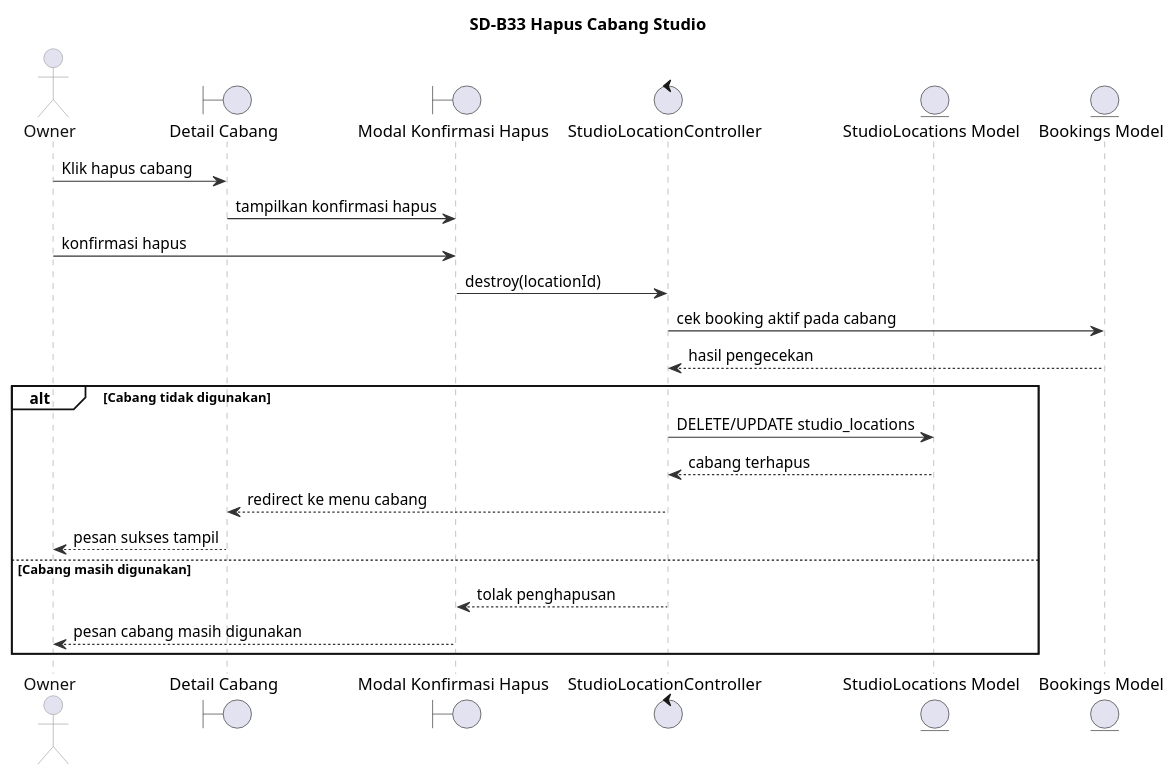
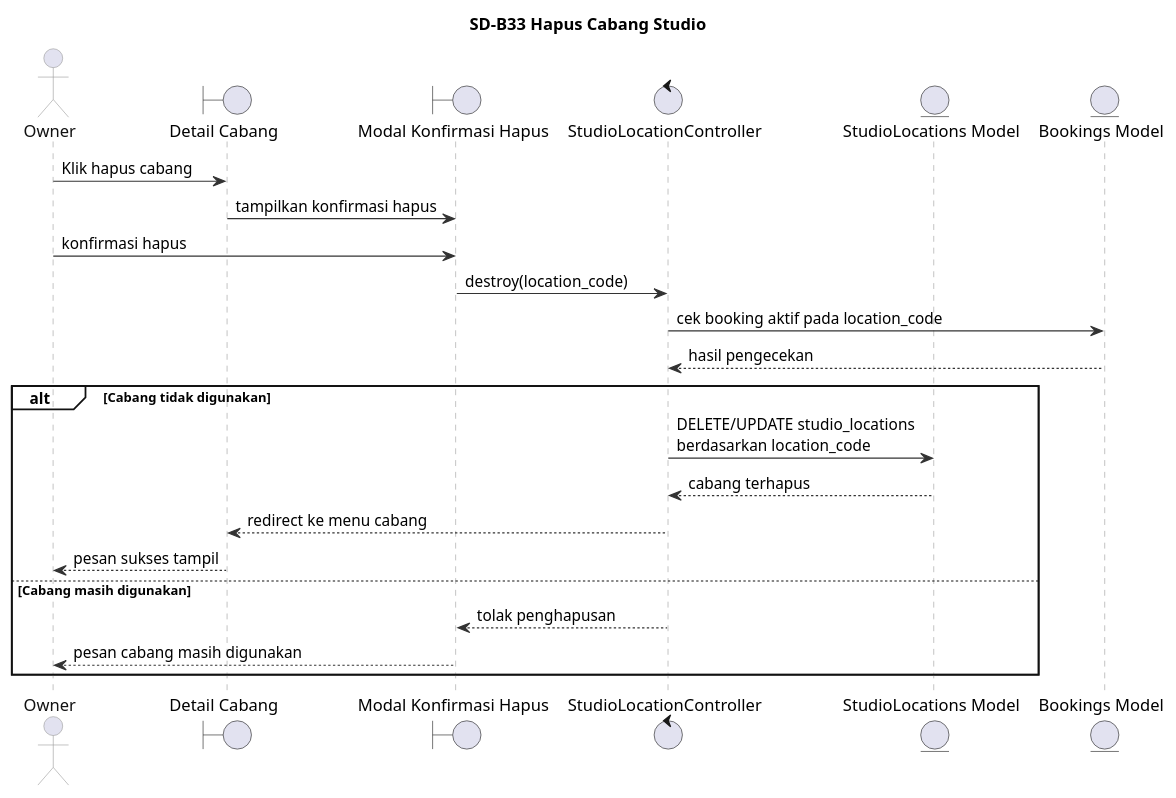
The diagram in sequence/SD-B33.puml (Fajrinputra/alterstudio-ta), drawn with PlantUML before and after one commit. The commit also changed 71 other files, not shown here.

```diff
--- a/sequence/SD-B33.puml
+++ b/sequence/SD-B33.puml
@@ -1,44 +1,44 @@
 @startuml
 title SD-B33 Hapus Cabang Studio
 
 skinparam backgroundColor white
 skinparam shadowing false
 skinparam BoxPadding 4
 skinparam sequence {
     ArrowColor #333333
     LifeLineBorderColor #999999
     LifeLineBackgroundColor white
     ParticipantBorderColor #999999
     ParticipantBackgroundColor #ECEEF8
     ParticipantFontColor #111111
     ActorBorderColor #999999
     ActorFontColor #111111
     GroupBorderColor #111111
     GroupBackgroundColor transparent
 }
 
 actor "Owner" as Owner
 boundary "Detail Cabang" as DetailCabang
 boundary "Modal Konfirmasi Hapus" as ModalHapus
 control "StudioLocationController" as StudioLocationController
 entity "StudioLocations Model" as StudioLocation
 entity "Bookings Model" as Booking
 
 Owner -> DetailCabang : Klik hapus cabang
 DetailCabang -> ModalHapus : tampilkan konfirmasi hapus
 Owner -> ModalHapus : konfirmasi hapus
-ModalHapus -> StudioLocationController : destroy(locationId)
-StudioLocationController -> Booking : cek booking aktif pada cabang
+ModalHapus -> StudioLocationController : destroy(location_code)
+StudioLocationController -> Booking : cek booking aktif pada location_code
 Booking --> StudioLocationController : hasil pengecekan
 
 alt Cabang tidak digunakan
-    StudioLocationController -> StudioLocation : DELETE/UPDATE studio_locations
+    StudioLocationController -> StudioLocation : DELETE/UPDATE studio_locations\nberdasarkan location_code
     StudioLocation --> StudioLocationController : cabang terhapus
     StudioLocationController --> DetailCabang : redirect ke menu cabang
     DetailCabang --> Owner : pesan sukses tampil
 else Cabang masih digunakan
     StudioLocationController --> ModalHapus : tolak penghapusan
     ModalHapus --> Owner : pesan cabang masih digunakan
 end
 
 @enduml
```
